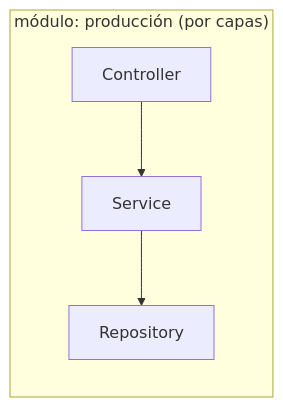
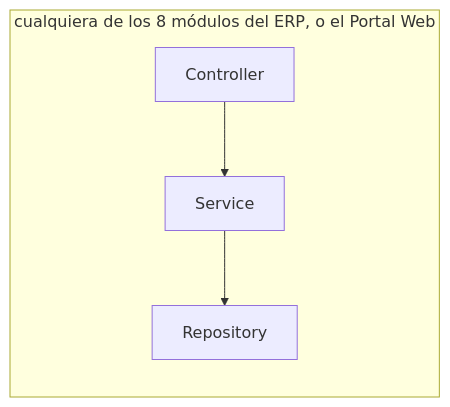
One commit to 262dist/pagatu changed the second of 2 diagrams in docs/proyecto-sello/produccion.md. Above: the diagram before and after it, drawn with Mermaid. The commit also changed other lines of this file, not shown here.

````diff
--- a/docs/proyecto-sello/produccion.md
+++ b/docs/proyecto-sello/produccion.md
@@ -147,7 +191,7 @@
 ```mermaid
 flowchart TB
-    subgraph MODCAPAS["módulo: producción (por capas)"]
+    subgraph MOD["cualquiera de los 8 módulos del ERP, o el Portal Web"]
         direction TB
         CTRL["Controller"] --> SERV["Service"] --> REPO["Repository"]
     end
 ```
````
